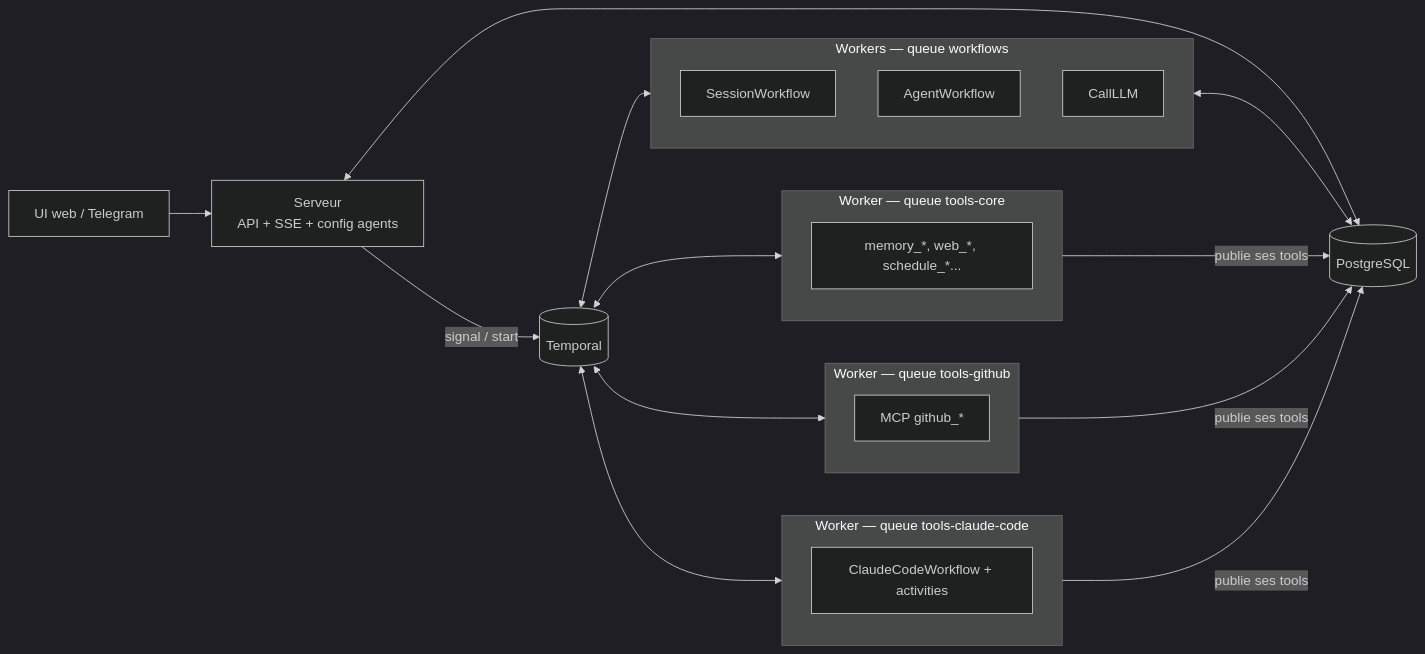
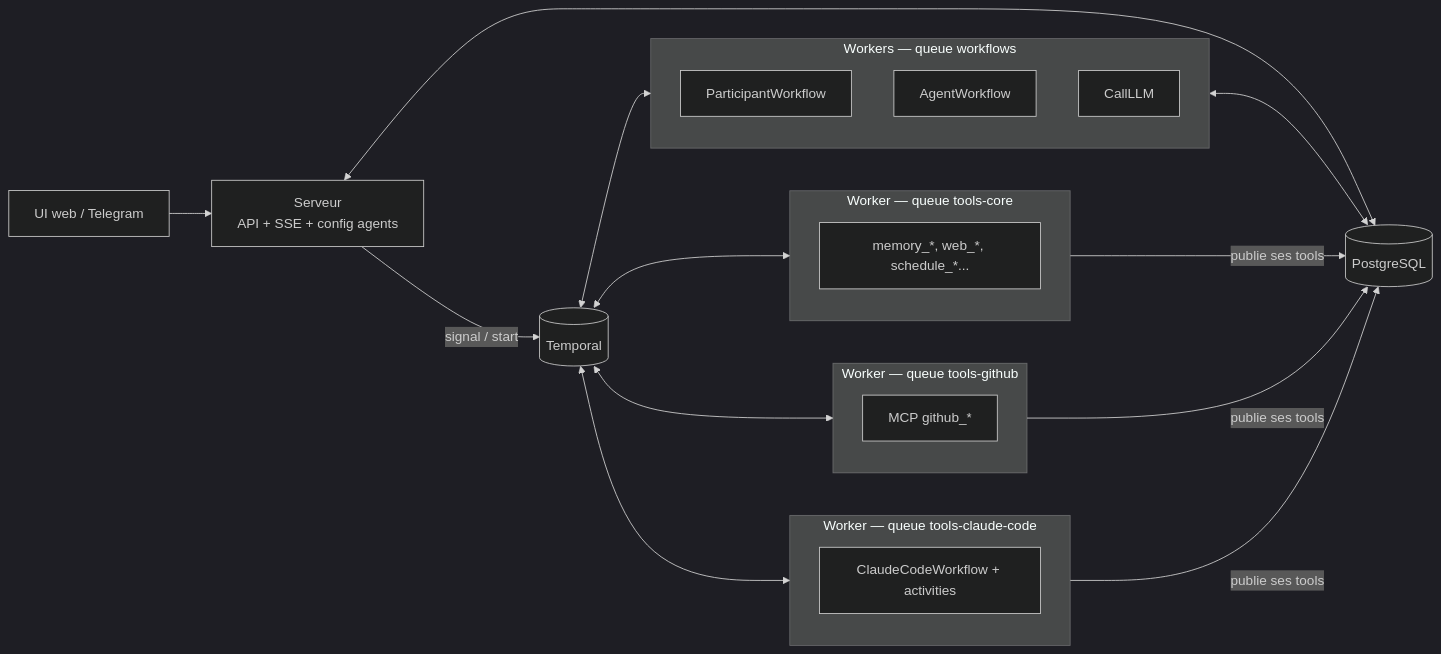
One commit to Victor118/temporal-agent changed the diagram in docs/architecture.md. Above: the diagram before and after it, drawn with Mermaid (dark theme). The commit also changed other lines of this file and 8 other files, not shown here.

````diff
--- a/docs/architecture.md
+++ b/docs/architecture.md
@@ -64,33 +65,33 @@
 ```mermaid
 flowchart LR
     UI[UI web / Telegram] --> S[Serveur<br/>API + SSE + config agents]
     S -->|signal / start| T[(Temporal)]
     S <--> DB[(PostgreSQL)]
 
     subgraph WF[Workers — queue workflows]
-        SW[SessionWorkflow]
+        SW[ParticipantWorkflow]
         AW[AgentWorkflow]
         LLM[CallLLM]
     end
 
     subgraph TC[Worker — queue tools-core]
         TC1[memory_*, web_*, schedule_*...]
     end
 
     subgraph TG[Worker — queue tools-github]
         TG1[MCP github_*]
     end
 
     subgraph TCC[Worker — queue tools-claude-code]
         TCC1[ClaudeCodeWorkflow + activities]
     end
 
     T <--> WF
     T <--> TC
     T <--> TG
     T <--> TCC
     WF <--> DB
     TC -->|publie ses tools| DB
     TG -->|publie ses tools| DB
     TCC -->|publie ses tools| DB
 ```
````
